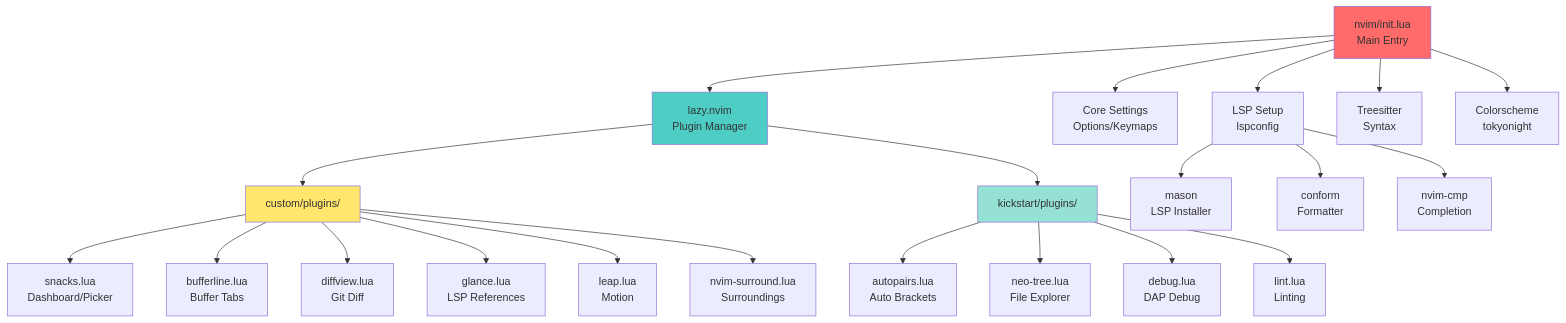
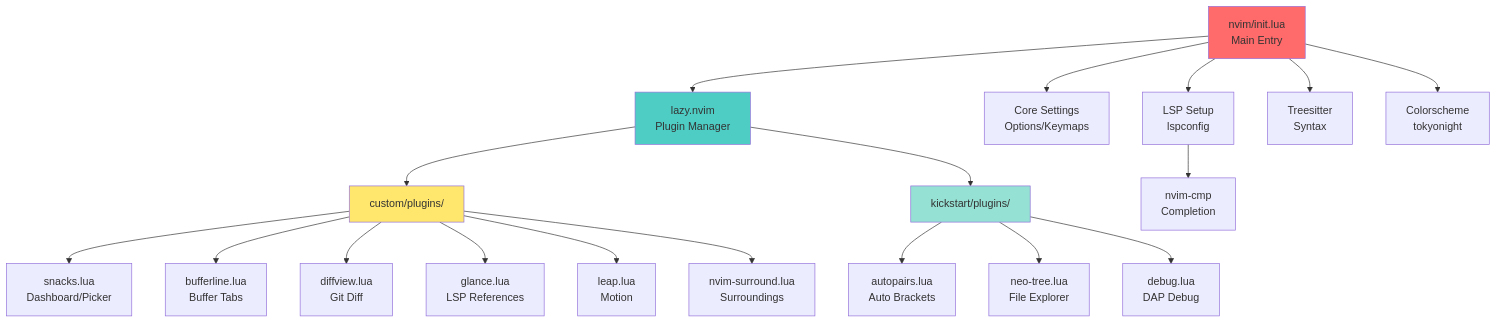
One commit to ymat19/dotfiles changed the second of 2 diagrams in README.md. Above: the diagram before and after it, drawn with Mermaid. The commit also changed other lines of this file and 4 other files, not shown here.

First line of the commit message:
refactor: LSP を TypeScript と C# に絞り mason を廃止

````diff
--- a/README.md
+++ b/README.md
@@ -152,33 +152,30 @@
 ```mermaid
 graph TD
     A["nvim/init.lua<br/>Main Entry"] --> B["lazy.nvim<br/>Plugin Manager"]
 
     A --> C["Core Settings<br/>Options/Keymaps"]
     A --> D["LSP Setup<br/>lspconfig"]
     A --> E["Treesitter<br/>Syntax"]
     A --> F["Colorscheme<br/>tokyonight"]
 
     B --> H["custom/plugins/"]
     B --> I["kickstart/plugins/"]
 
     H --> H1["snacks.lua<br/>Dashboard/Picker"]
     H --> H2["bufferline.lua<br/>Buffer Tabs"]
     H --> H3["diffview.lua<br/>Git Diff"]
     H --> H4["glance.lua<br/>LSP References"]
     H --> H5["leap.lua<br/>Motion"]
     H --> H6["nvim-surround.lua<br/>Surroundings"]
 
     I --> I1["autopairs.lua<br/>Auto Brackets"]
     I --> I2["neo-tree.lua<br/>File Explorer"]
     I --> I3["debug.lua<br/>DAP Debug"]
-    I --> I4["lint.lua<br/>Linting"]
 
-    D --> D1["mason<br/>LSP Installer"]
-    D --> D2["conform<br/>Formatter"]
-    D --> D3["nvim-cmp<br/>Completion"]
+    D --> D1["nvim-cmp<br/>Completion"]
 
     style A fill:#ff6b6b
     style B fill:#4ecdc4
     style H fill:#ffe66d
     style I fill:#95e1d3
 ```
````
